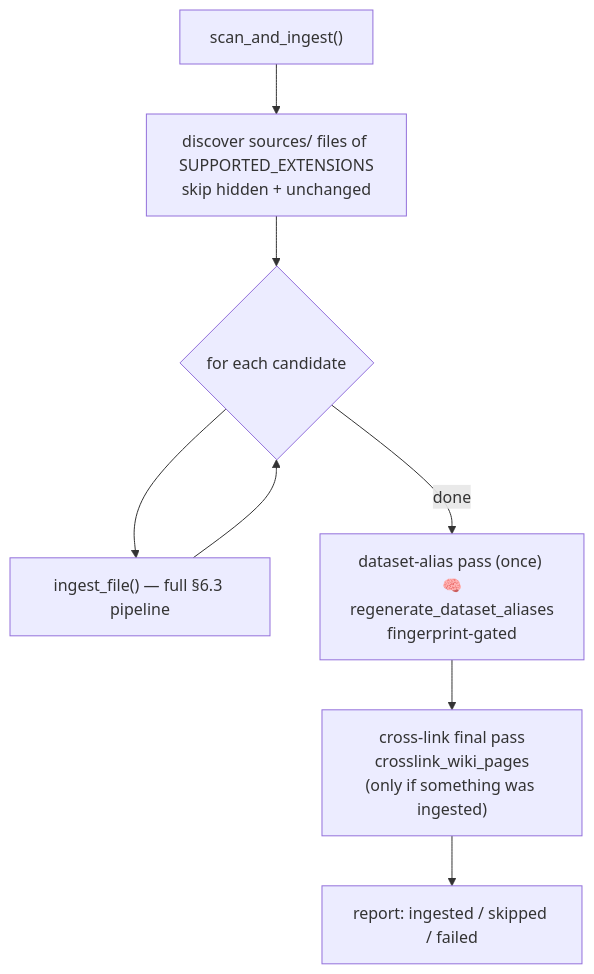
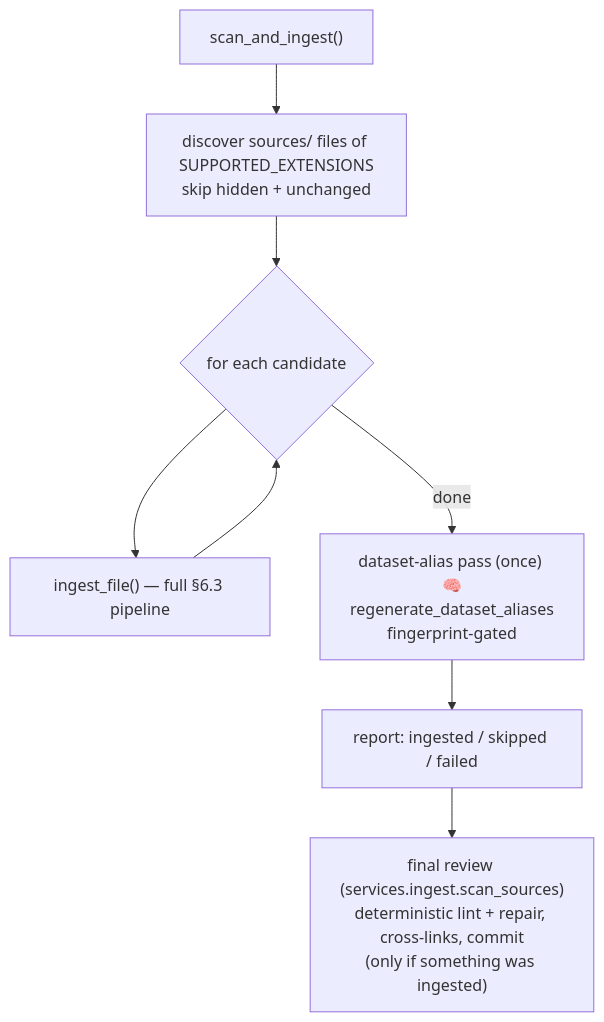
The diagram in docs/manual/workflows/6.5-scan-sources.md (Clod/llmwiki-marimo), drawn with Mermaid before and after one commit. The commit also changed other lines of this file and 12 other files, not shown here.

First line of the commit message:
fix: the scan and the regeneration end with the upload's final review

````diff
--- a/docs/manual/workflows/6.5-scan-sources.md
+++ b/docs/manual/workflows/6.5-scan-sources.md
@@ -7,10 +7,10 @@
 ```mermaid
 flowchart TD
     S["scan_and_ingest()"] --> D["discover sources/ files of SUPPORTED_EXTENSIONS<br/>skip hidden + unchanged"]
     D --> LP{"for each candidate"}
     LP --> I["ingest_file() — full §6.3 pipeline"]
     I --> LP
     LP -->|done| DA["dataset-alias pass (once) 🧠<br/>regenerate_dataset_aliases<br/>fingerprint-gated"]
-    DA --> CL["cross-link final pass<br/>crosslink_wiki_pages<br/>(only if something was ingested)"]
-    CL --> R["report: ingested / skipped / failed"]
+    DA --> R["report: ingested / skipped / failed"]
+    R --> FR["final review (services.ingest.scan_sources)<br/>deterministic lint + repair, cross-links, commit<br/>(only if something was ingested)"]
 ```
````
